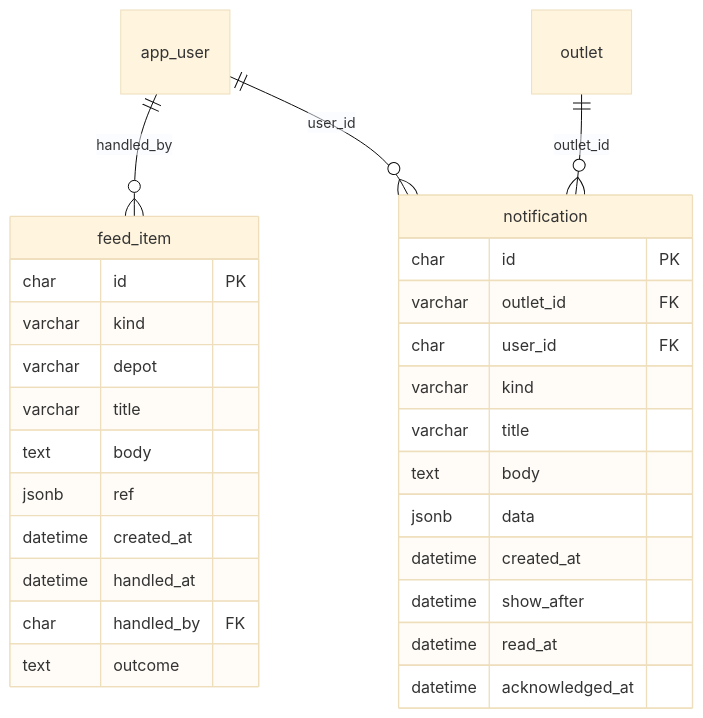
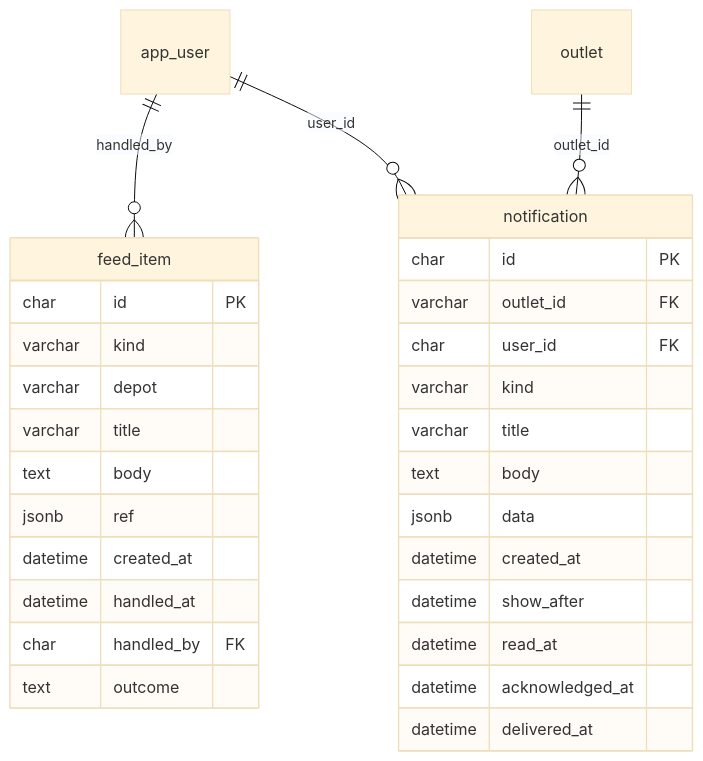
The ninth of 9 diagrams in docs/data-model.md (kalanas210/Ryzera_Relay), drawn with Mermaid (base theme) before and after one commit. The commit also changed other lines of this file and 54 other files, not shown here.

````diff
--- a/docs/data-model.md
+++ b/docs/data-model.md
@@ -1100,31 +1150,32 @@
 ```mermaid
 erDiagram
     app_user ||--o{ feed_item : "handled_by"
     app_user ||--o{ notification : "user_id"
     outlet ||--o{ notification : "outlet_id"
     feed_item {
         char id PK
         varchar kind
         varchar depot
         varchar title
         text body
         jsonb ref
         datetime created_at
         datetime handled_at
         char handled_by FK
         text outcome
     }
     notification {
         char id PK
         varchar outlet_id FK
         char user_id FK
         varchar kind
         varchar title
         text body
         jsonb data
         datetime created_at
         datetime show_after
         datetime read_at
         datetime acknowledged_at
+        datetime delivered_at
     }
 ```
````
